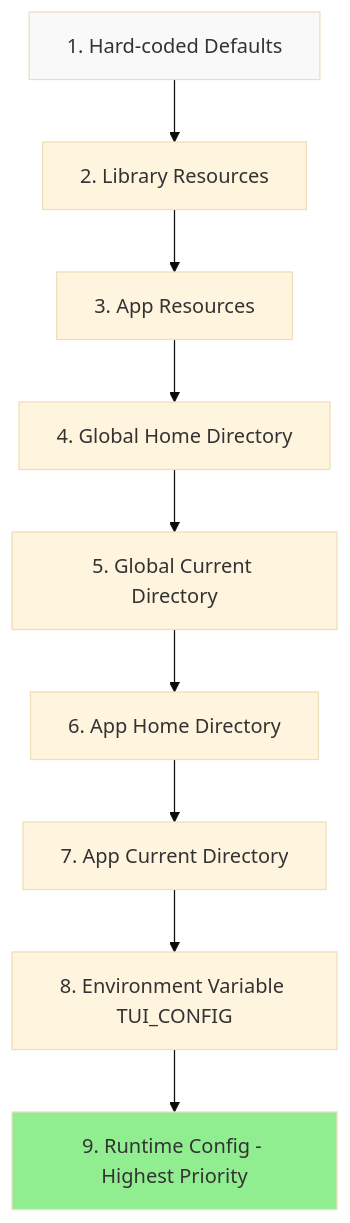
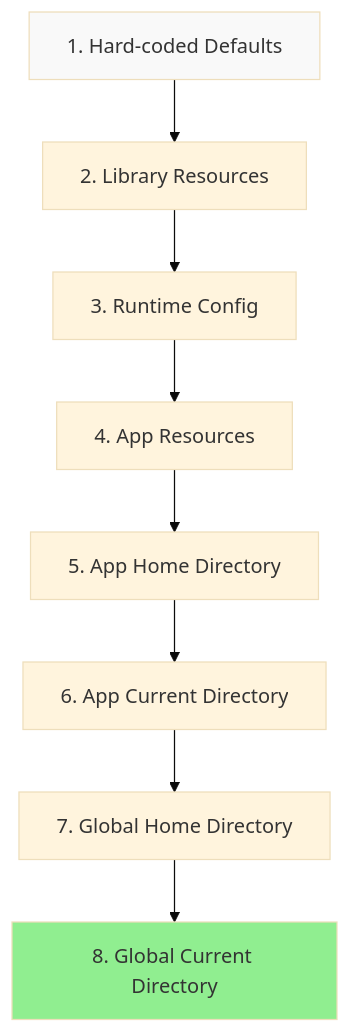
The diagram in docfx/docs/config.md (gui-cs/Terminal.Gui), drawn with Mermaid (base theme) before and after one commit. The commit also changed other lines of this file and 976 other files, not shown here.

````diff
--- a/docfx/docs/config.md
+++ b/docfx/docs/config.md
@@ -174,14 +169,13 @@
 ```mermaid
 graph TD
     A[1. Hard-coded Defaults] --> B[2. Library Resources]
-    B --> C[3. App Resources]
-    C --> D[4. Global Home Directory]
-    D --> E[5. Global Current Directory]
-    E --> F[6. App Home Directory]
-    F --> G[7. App Current Directory]
-    G --> H[8. Environment Variable TUI_CONFIG]
-    H --> I[9. Runtime Config - Highest Priority]
+    B --> C[3. Runtime Config]
+    C --> D[4. App Resources]
+    D --> E[5. App Home Directory]
+    E --> F[6. App Current Directory]
+    F --> G[7. Global Home Directory]
+    G --> H[8. Global Current Directory]
     
     style A fill:#f9f9f9
-    style I fill:#90EE90
+    style H fill:#90EE90
 ```
````
